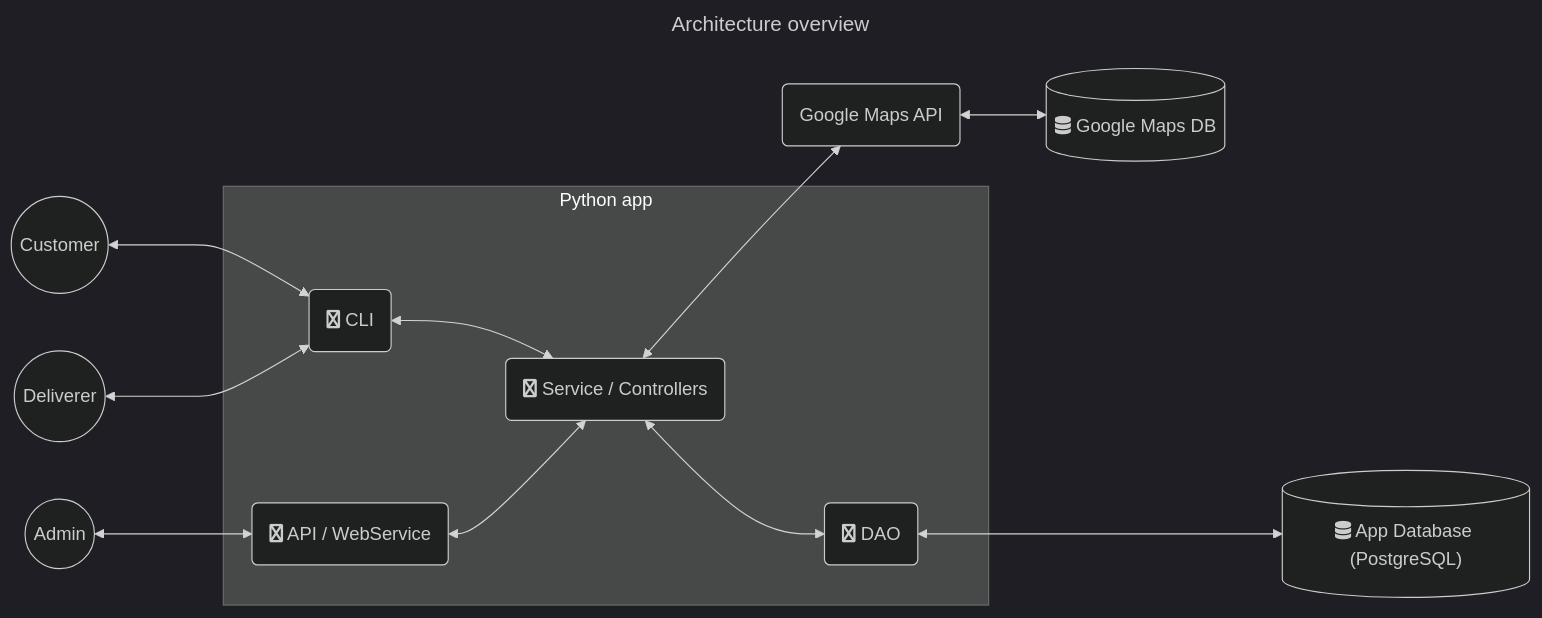
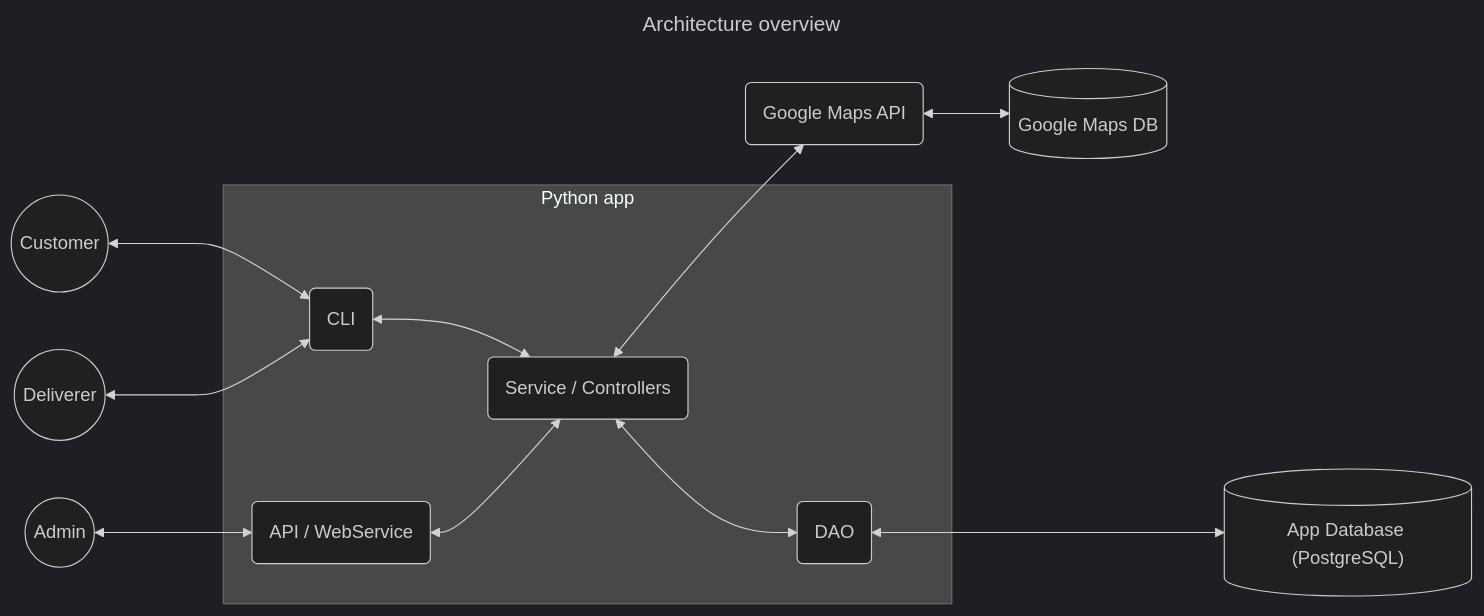
The diagram in Architecture.md (robingirard003/Projet_Info_2A), drawn with Mermaid (dark theme) before and after one commit.

````diff
--- a/Architecture.md
+++ b/Architecture.md
@@ -1,29 +1,29 @@
 ```mermaid
 ---
 title: Architecture overview
 ---
 graph LR
     USR1((Customer))
     USR2((Deliverer))
     USR3((Admin))
-    DB[("fa:fa-database App Database (PostgreSQL)" )]
-    CLI(fa:fa-python CLI)
-    API(fa:fa-python API / WebService)
-    DAO(fa:fa-python DAO)
-    SVC(fa:fa-python Service / Controllers )
-    MDB[(fa:fa-database Google Maps DB)]
+    DB[(" App Database (PostgreSQL)" )]
+    CLI(CLI)
+    API(API / WebService)
+    DAO(DAO)
+    SVC(Service / Controllers )
+    MDB[(Google Maps DB)]
     MDBAPI(Google Maps API)
 
     USR1<--->CLI
     USR2<--->CLI
         subgraph Python app 
             CLI<-->SVC
             API<-->SVC
             SVC<-->DAO
         end
     USR3<--->API
 
     DAO<--->DB
     MDBAPI <--> MDB
     SVC <--> MDBAPI
 ```
````
